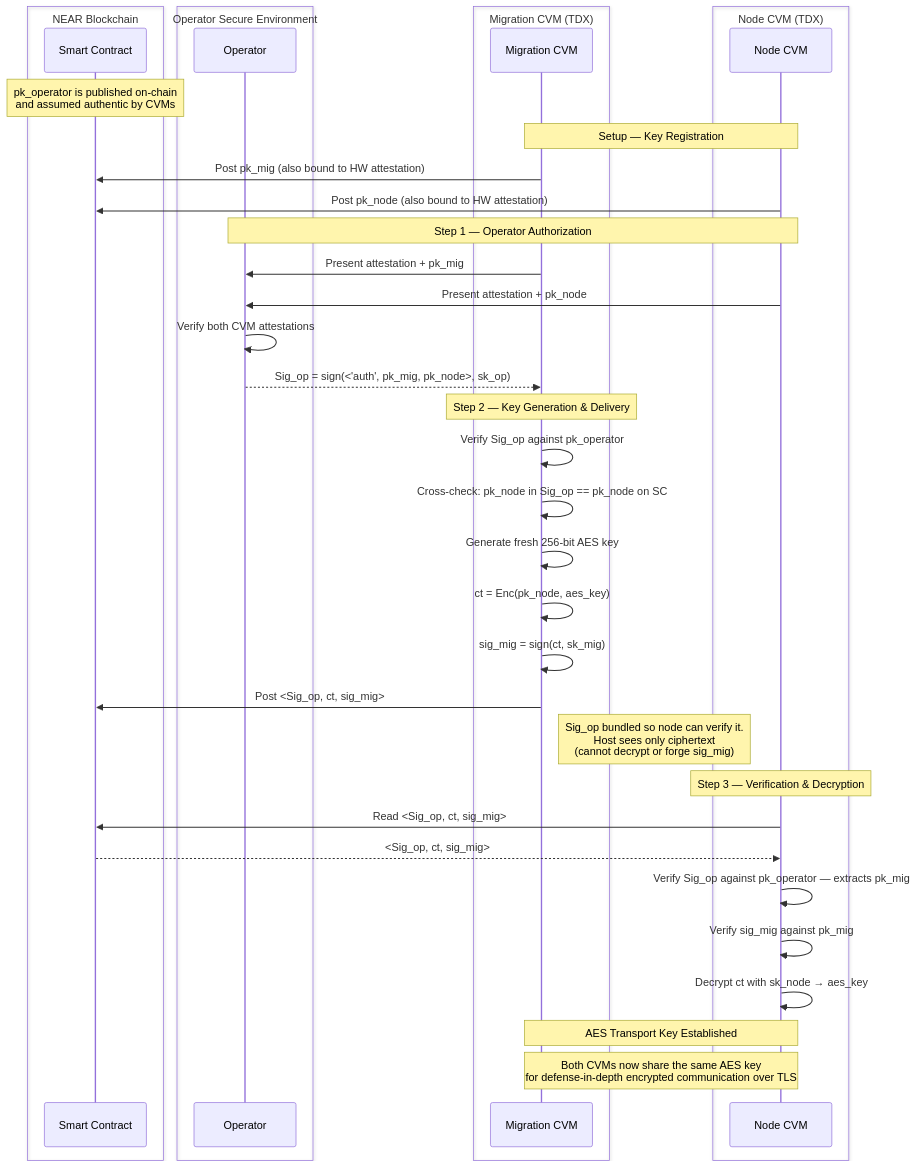
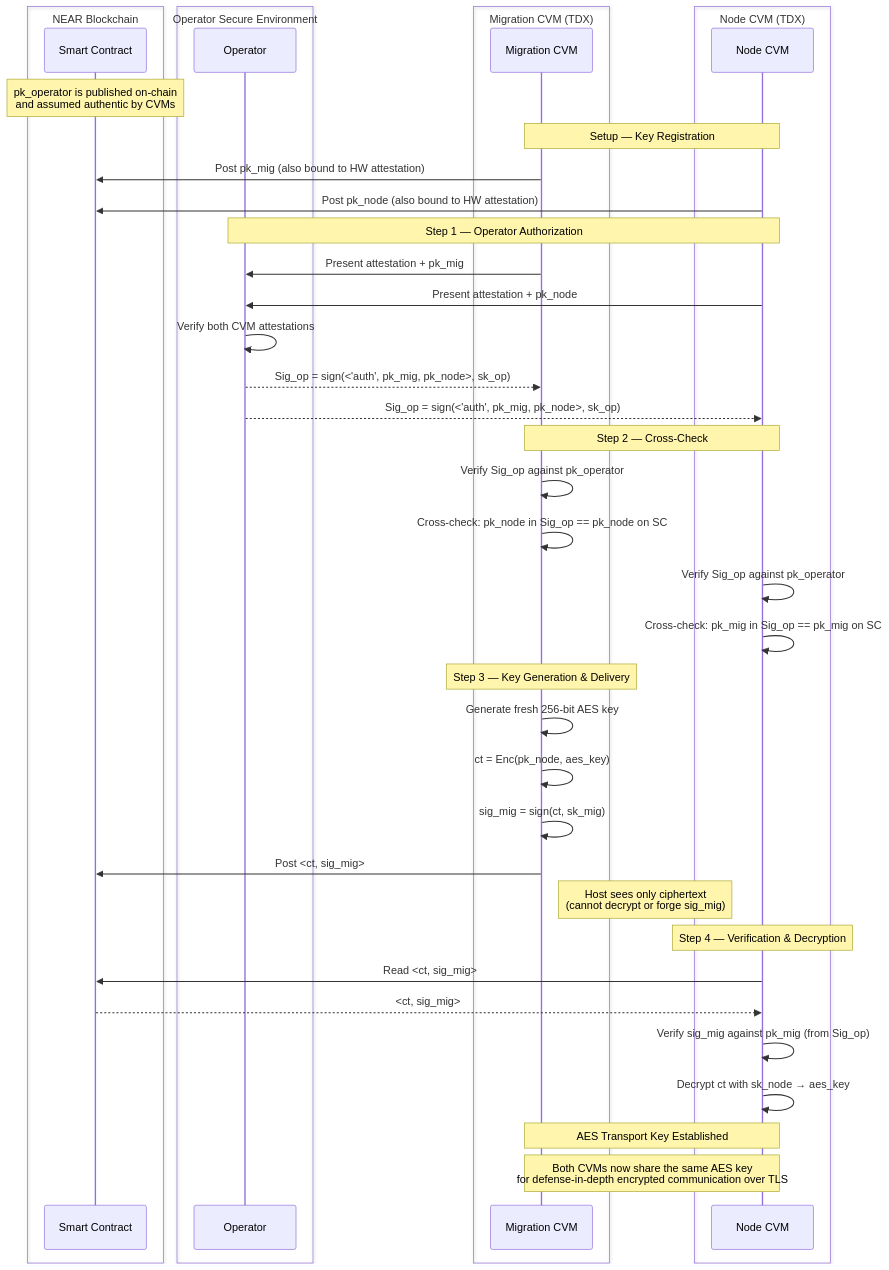
Before and after one commit to near/mpc: the fifth of 5 diagrams in docs/threat-model-diagram.md, drawn with Mermaid. The commit also changed other lines of this file, not shown here.

Commit message:
fix: updated simple protocol

````diff
--- a/docs/threat-model-diagram.md
+++ b/docs/threat-model-diagram.md
@@ -556,46 +557,50 @@
 ```mermaid
 sequenceDiagram
     box NEAR Blockchain
         participant BC as Smart Contract
     end
     box Operator Secure Environment
         participant OP as Operator
     end
     box Migration CVM (TDX)
         participant MIG as Migration CVM
     end
     box Node CVM (TDX)
         participant NODE as Node CVM
     end
 
     Note over BC: pk_operator is published on-chain<br/>and assumed authentic by CVMs
 
     Note over MIG,NODE: Setup — Key Registration
     MIG ->> BC: Post pk_mig (also bound to HW attestation)
     NODE ->> BC: Post pk_node (also bound to HW attestation)
 
     Note over OP,NODE: Step 1 — Operator Authorization
     MIG ->> OP: Present attestation + pk_mig
     NODE ->> OP: Present attestation + pk_node
     OP ->> OP: Verify both CVM attestations
     OP -->> MIG: Sig_op = sign(<'auth', pk_mig, pk_node>, sk_op)
+    OP -->> NODE: Sig_op = sign(<'auth', pk_mig, pk_node>, sk_op)
 
-    Note over MIG: Step 2 — Key Generation & Delivery
+    Note over MIG,NODE: Step 2 — Cross-Check
     MIG ->> MIG: Verify Sig_op against pk_operator
     MIG ->> MIG: Cross-check: pk_node in Sig_op == pk_node on SC
+    NODE ->> NODE: Verify Sig_op against pk_operator
+    NODE ->> NODE: Cross-check: pk_mig in Sig_op == pk_mig on SC
+
+    Note over MIG: Step 3 — Key Generation & Delivery
     MIG ->> MIG: Generate fresh 256-bit AES key
     MIG ->> MIG: ct = Enc(pk_node, aes_key)
     MIG ->> MIG: sig_mig = sign(ct, sk_mig)
-    MIG ->> BC: Post <Sig_op, ct, sig_mig>
-    Note right of MIG: Sig_op bundled so node can verify it.<br/>Host sees only ciphertext<br/>(cannot decrypt or forge sig_mig)
+    MIG ->> BC: Post <ct, sig_mig>
+    Note right of MIG: Host sees only ciphertext<br/>(cannot decrypt or forge sig_mig)
 
-    Note over NODE: Step 3 — Verification & Decryption
-    NODE ->> BC: Read <Sig_op, ct, sig_mig>
-    BC -->> NODE: <Sig_op, ct, sig_mig>
-    NODE ->> NODE: Verify Sig_op against pk_operator — extracts pk_mig
-    NODE ->> NODE: Verify sig_mig against pk_mig
+    Note over NODE: Step 4 — Verification & Decryption
+    NODE ->> BC: Read <ct, sig_mig>
+    BC -->> NODE: <ct, sig_mig>
+    NODE ->> NODE: Verify sig_mig against pk_mig (from Sig_op)
     NODE ->> NODE: Decrypt ct with sk_node → aes_key
 
     Note over MIG,NODE: AES Transport Key Established
     Note over MIG,NODE: Both CVMs now share the same AES key<br/>for defense-in-depth encrypted communication over TLS
 ```
````
